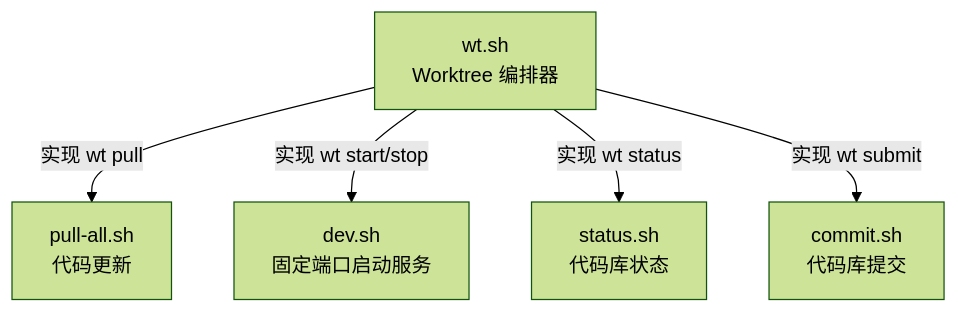
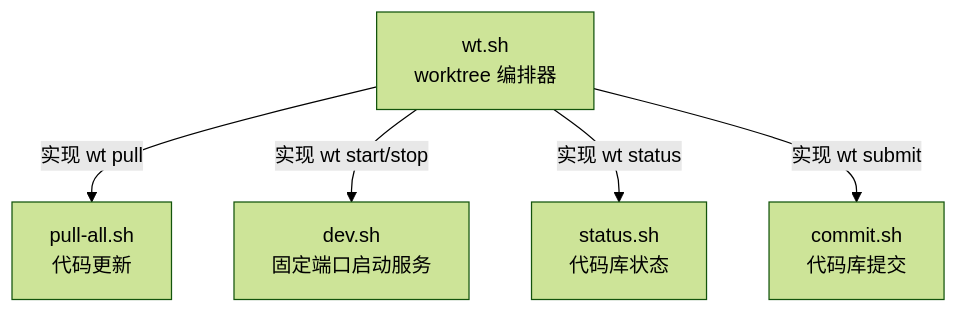
One commit to wangwei1237/wangwei1237.github.io_src changed the second of 4 diagrams in source/_posts/Git-Worktree-Based-on-Multiple-Repositories-for-Coding-Agent.md. Above: the diagram before and after it, drawn with Mermaid (forest theme). The commit also changed other lines of this file, not shown here.

Commit message:
Polish multi-repository worktree article

````diff
--- a/source/_posts/Git-Worktree-Based-on-Multiple-Repositories-for-Coding-Agent.md
+++ b/source/_posts/Git-Worktree-Based-on-Multiple-Repositories-for-Coding-Agent.md
@@ -136,13 +141,13 @@
 ```mermaid
 flowchart TD
-    WT["wt.sh<br/>Worktree 编排器"]
+    WT["wt.sh<br/>worktree 编排器"]
     Pull["pull-all.sh<br/>代码更新"]
     Dev["dev.sh<br/>固定端口启动服务"]
     Status["status.sh<br/>代码库状态"]
     Commit["commit.sh<br/>代码库提交"]
-    
+
     WT --> |实现 wt pull| Pull
     WT --> |实现 wt start/stop| Dev
     WT --> |实现 wt status| Status
     WT --> |实现 wt submit| Commit
 ```
````
